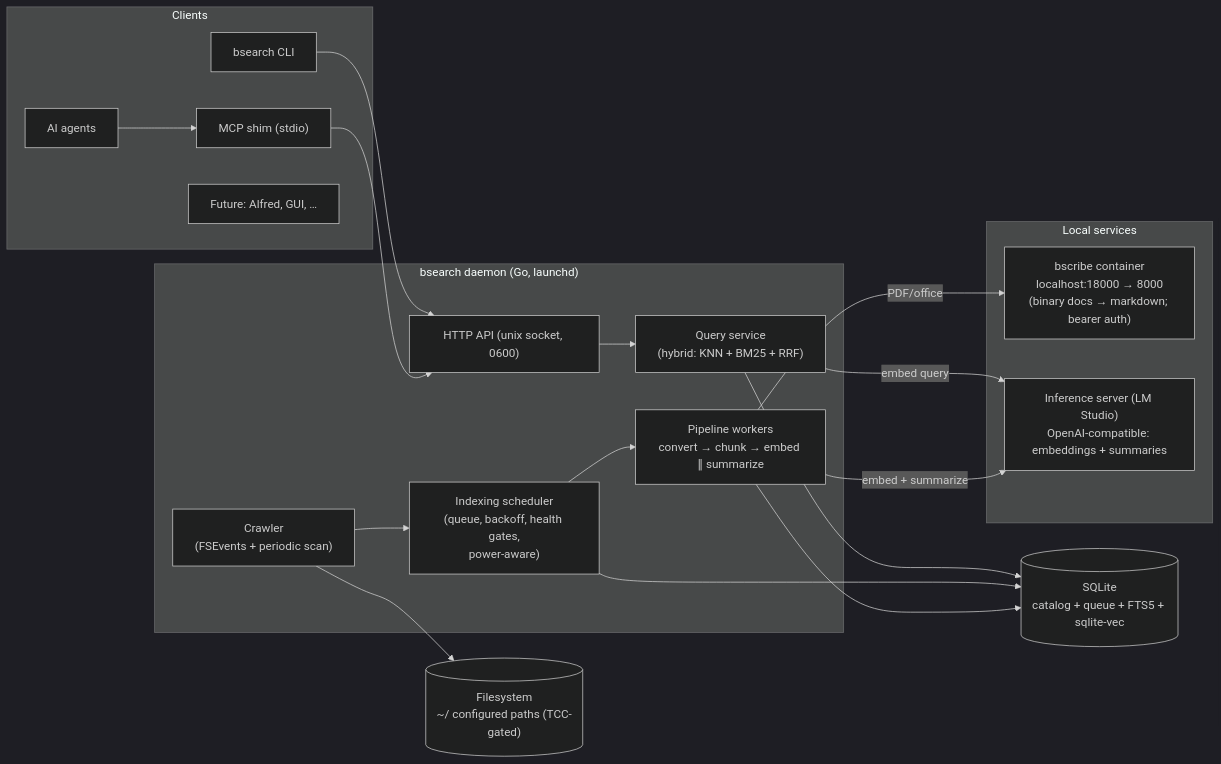
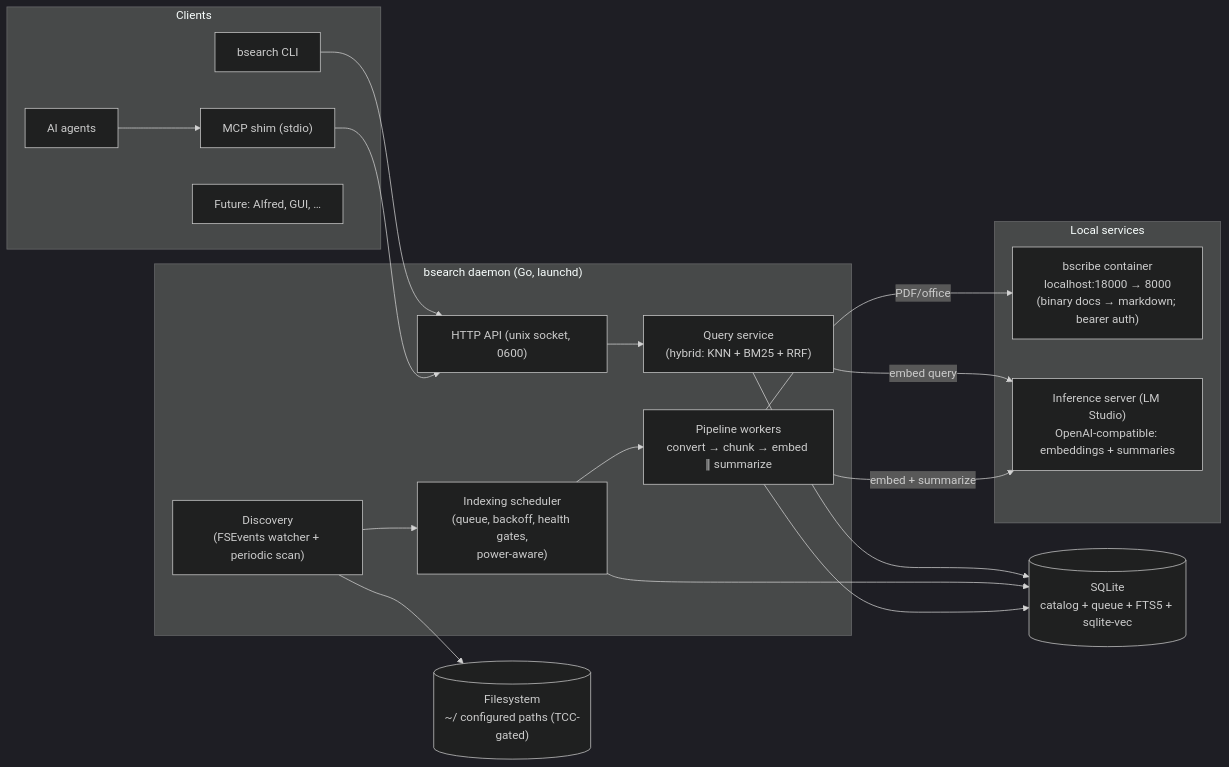
Before and after one commit to bcrisp4/bsearch: the diagram in DESIGN.md, drawn with Mermaid (dark theme). The commit also changed other lines of this file and 2 other files, not shown here.

First line of the commit message:
docs: rename "crawler" component to "discovery" (#30)

````diff
--- a/DESIGN.md
+++ b/DESIGN.md
@@ -320,38 +320,38 @@
 ```mermaid
 flowchart LR
     subgraph clients["Clients"]
         CLI["bsearch CLI"]
         MCP["MCP shim (stdio)"]
         AGT["AI agents"]
         ALF["Future: Alfred, GUI, …"]
     end
 
     subgraph daemon["bsearch daemon (Go, launchd)"]
         API["HTTP API (unix socket, 0600)"]
         QRY["Query service<br/>(hybrid: KNN + BM25 + RRF)"]
         SCHED["Indexing scheduler<br/>(queue, backoff, health gates,<br/>power-aware)"]
-        CRAWL["Crawler<br/>(FSEvents + periodic scan)"]
+        DISC["Discovery<br/>(FSEvents watcher + periodic scan)"]
         PIPE["Pipeline workers<br/>convert → chunk → embed ∥ summarize"]
     end
 
     subgraph external["Local services"]
         BSC["bscribe container<br/>localhost:18000 → 8000<br/>(binary docs → markdown; bearer auth)"]
         INF["Inference server (LM Studio)<br/>OpenAI-compatible: embeddings + summaries"]
     end
 
     DB[("SQLite<br/>catalog + queue + FTS5 + sqlite-vec")]
     FS[("Filesystem<br/>~/ configured paths (TCC-gated)")]
 
     AGT --> MCP
     CLI & MCP --> API
     API --> QRY
     QRY --> DB
     QRY -->|"embed query"| INF
-    CRAWL --> FS
-    CRAWL --> SCHED
+    DISC --> FS
+    DISC --> SCHED
     SCHED --> DB
     SCHED --> PIPE
     PIPE -->|"PDF/office"| BSC
     PIPE -->|"embed + summarize"| INF
     PIPE --> DB
 ```
````
